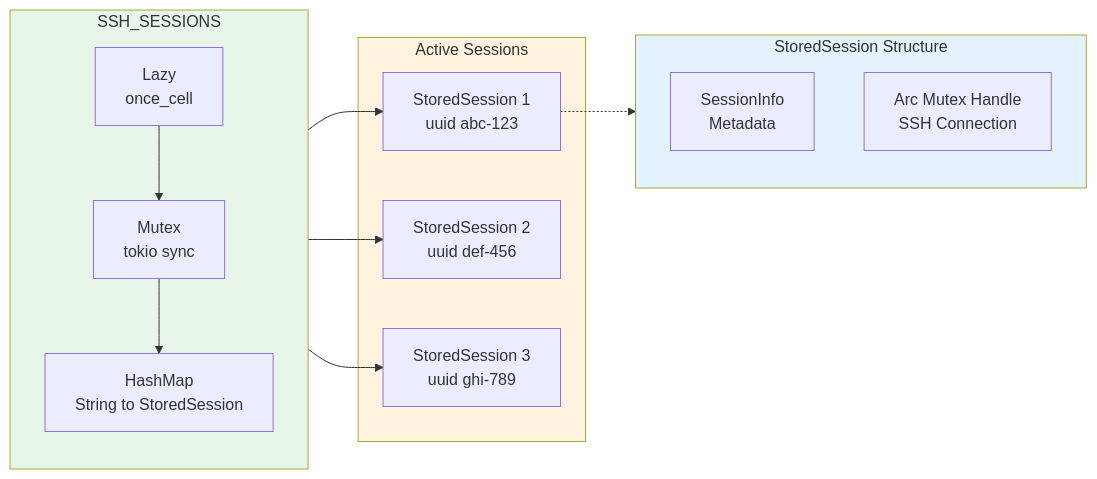
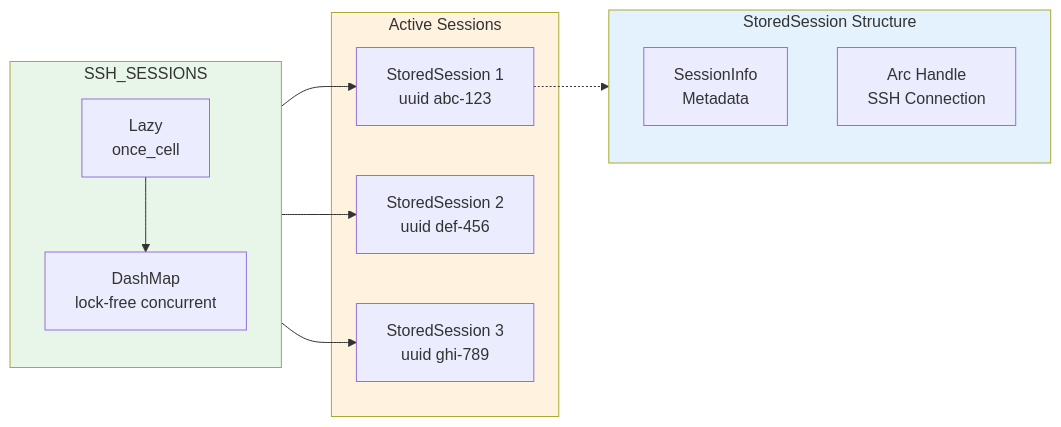
The fifth of 11 diagrams in docs/ARCHITECTURE.md (farchanjo/ssh-mcp), drawn with Mermaid before and after one commit. The commit also changed other lines of this file and 6 other files, not shown here.

````diff
--- a/docs/ARCHITECTURE.md
+++ b/docs/ARCHITECTURE.md
@@ -498,33 +499,31 @@
 ```mermaid
 flowchart LR
     subgraph Storage["SSH_SESSIONS"]
         direction TB
         Lazy["Lazy<br/>once_cell"]
-        Mutex["Mutex<br/>tokio sync"]
-        HashMap["HashMap<br/>String to StoredSession"]
+        DashMap["DashMap<br/>lock-free concurrent"]
 
-        Lazy --> Mutex
-        Mutex --> HashMap
+        Lazy --> DashMap
     end
 
     subgraph Sessions["Active Sessions"]
         S1["StoredSession 1<br/>uuid abc-123"]
         S2["StoredSession 2<br/>uuid def-456"]
         S3["StoredSession 3<br/>uuid ghi-789"]
     end
 
-    HashMap --> S1
-    HashMap --> S2
-    HashMap --> S3
+    DashMap --> S1
+    DashMap --> S2
+    DashMap --> S3
 
     subgraph SessionDetail["StoredSession Structure"]
         Info["SessionInfo<br/>Metadata"]
-        Handle["Arc Mutex Handle<br/>SSH Connection"]
+        Handle["Arc Handle<br/>SSH Connection"]
     end
 
     S1 -.-> SessionDetail
 
     style Storage fill:#e8f5e9
     style Sessions fill:#fff3e0
     style SessionDetail fill:#e3f2fd
 ```
````
